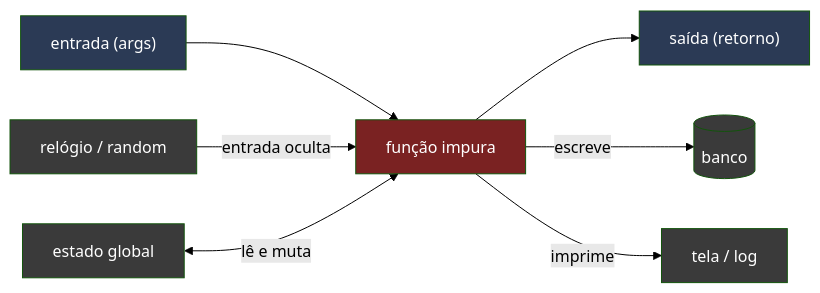
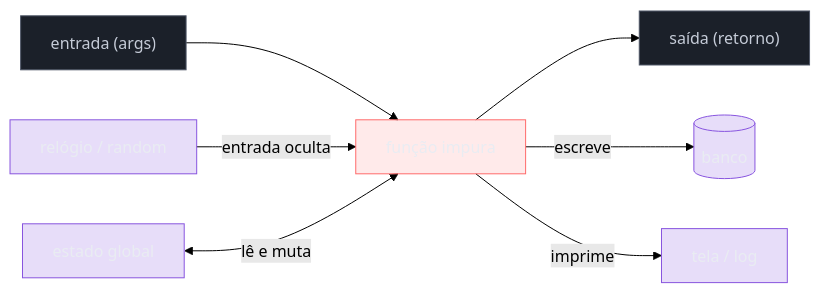
Before and after one commit to josenaldo/codex-technomanticus: the second of 4 diagrams in 03-Dominios/Ciência/Paradigmas/07 - Funções puras e efeitos colaterais.md, drawn with Mermaid (forest theme). The commit also changed other lines of this file and 1181 other files, not shown here.

First line of the commit message:
fix(diagramas): paleta do sistema no lugar de cor cravada no markdown

````diff
--- a/03-Dominios/Ciência/Paradigmas/07 - Funções puras e efeitos colaterais.md
+++ b/03-Dominios/Ciência/Paradigmas/07 - Funções puras e efeitos colaterais.md
@@ -95,17 +97,20 @@
 ```mermaid
 flowchart LR
+    classDef falha fill:#FF6B6B24,stroke:#FF6B6B,color:#E9ECF2
+    classDef neutro fill:#1B2029,stroke:#4E5666,color:#C6CCD8
+    classDef marca fill:#8855DF33,stroke:#8855DF,color:#E9ECF2
     A["entrada (args)"] --> F["função impura"]
     F --> B["saída (retorno)"]
     F -->|escreve| DB[("banco")]
     F -->|imprime| IO["tela / log"]
     REL["relógio / random"] -->|entrada oculta| F
     G["estado global"] <-->|lê e muta| F
 
-    style F fill:#7a2222,color:#fff
-    style A fill:#2b3a55,color:#fff
-    style B fill:#2b3a55,color:#fff
-    style DB fill:#3a3a3a,color:#fff
-    style IO fill:#3a3a3a,color:#fff
-    style REL fill:#3a3a3a,color:#fff
-    style G fill:#3a3a3a,color:#fff
+    class F falha
+    class A neutro
+    class B neutro
+    class DB marca
+    class IO marca
+    class REL marca
+    class G marca
 ```
````
